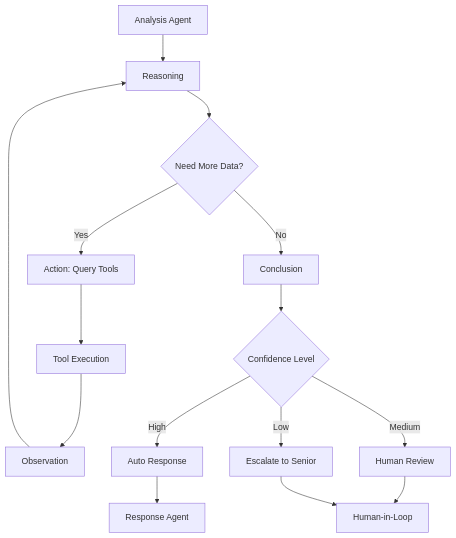
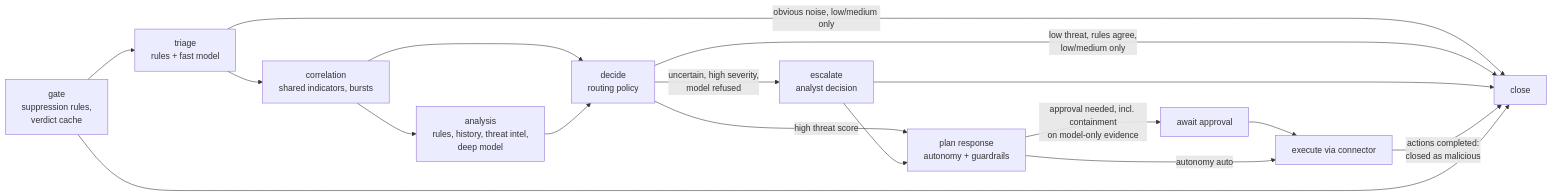
The second of 2 diagrams in README.md (gapilongo/SOC), drawn with Mermaid before and after one commit. The commit also changed other lines of this file and 221 other files, not shown here.

````diff
--- a/README.md
+++ b/README.md
@@ -294,19 +50,19 @@
 ```mermaid
-graph TD
-    A[Analysis Agent] --> B[Reasoning]
-    B --> C{Need More Data?}
-    C -->|Yes| D[Action: Query Tools]
-    D --> E[Tool Execution]
-    E --> F[Observation]
-    F --> B
-    
-    C -->|No| G[Conclusion]
-    G --> H{Confidence Level}
-    H -->|High| I[Auto Response]
-    H -->|Medium| J[Human Review]
-    H -->|Low| K[Escalate to Senior]
-    
-    I --> L[Response Agent]
-    J --> M[Human-in-Loop]
-    K --> M
+flowchart LR
+    G[gate<br/>suppression rules,<br/>verdict cache] --> T[triage<br/>rules + fast model]
+    T -->|obvious noise, low/medium only| C[close]
+    T --> CO[correlation<br/>shared indicators, bursts]
+    CO --> A[analysis<br/>rules, history, threat intel,<br/>deep model]
+    CO --> D
+    A --> D[decide<br/>routing policy]
+    D -->|uncertain, high severity,<br/>model refused| E[escalate<br/>analyst decision]
+    D -->|high threat score| P[plan response<br/>autonomy + guardrails]
+    D -->|low threat, rules agree,<br/>low/medium only| C
+    E --> P
+    E --> C
+    P -->|approval needed, incl. containment<br/>on model-only evidence| AP[await approval]
+    AP --> X[execute via connector]
+    P -->|autonomy auto| X
+    X -->|actions completed:<br/>closed as malicious| C
+    G --> C
 ```
````
